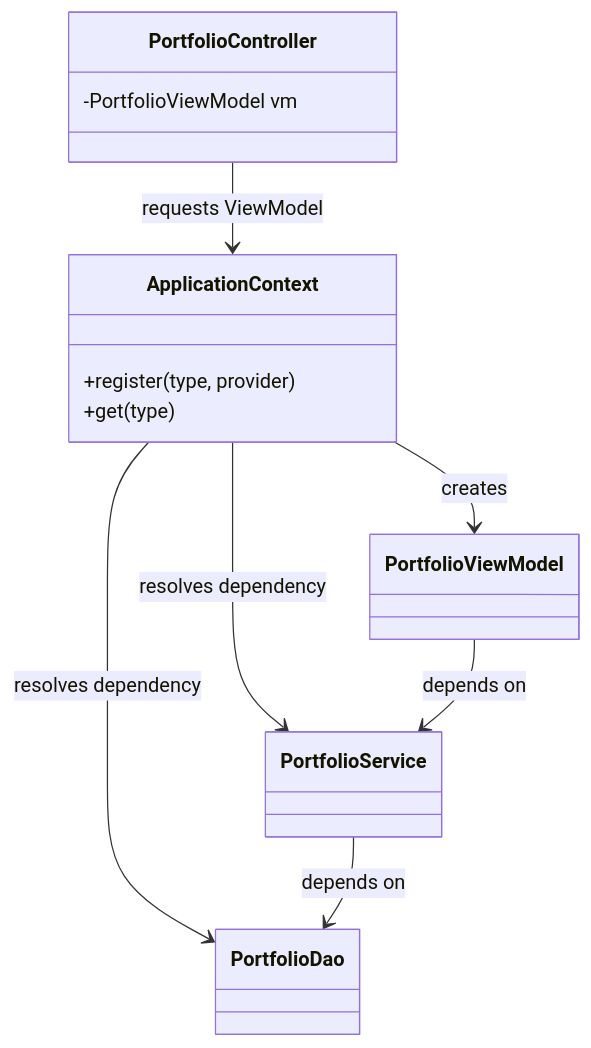
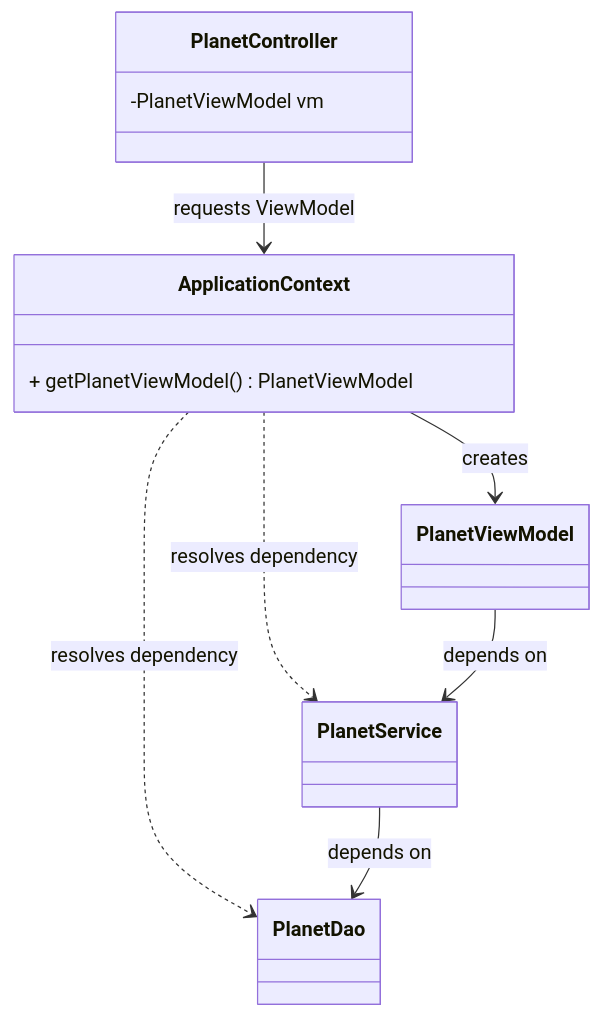
One commit to TroelsMortensen/Codelabs2 changed the diagram in Articles/SDT/Design Patterns/Application Context Pattern/003 The Pattern.md. Above: the diagram before and after it, drawn with Mermaid. The commit also changed other lines of this file and 4 other files, not shown here.

````diff
--- a/Articles/SDT/Design Patterns/Application Context Pattern/003 The Pattern.md
+++ b/Articles/SDT/Design Patterns/Application Context Pattern/003 The Pattern.md
@@ -20,22 +24,21 @@
 ```mermaid
 classDiagram
     class ApplicationContext {
-        +register(type, provider)
-        +get(type)
+        + getPlanetViewModel() PlanetViewModel
     }
 
-    class PortfolioController {
-        -PortfolioViewModel vm
+    class PlanetController {
+        -PlanetViewModel vm
     }
 
-    class PortfolioViewModel
-    class PortfolioService
-    class PortfolioDao
+    class PlanetViewModel
+    class PlanetService
+    class PlanetDao
 
-    PortfolioController --> ApplicationContext : requests ViewModel
-    ApplicationContext --> PortfolioViewModel : creates
-    ApplicationContext --> PortfolioService : resolves dependency
-    ApplicationContext --> PortfolioDao : resolves dependency
-    PortfolioViewModel --> PortfolioService : depends on
-    PortfolioService --> PortfolioDao : depends on
+    PlanetController --> ApplicationContext : requests ViewModel
+    ApplicationContext --> PlanetViewModel : creates
+    ApplicationContext ..> PlanetService : resolves dependency
+    ApplicationContext ..> PlanetDao : resolves dependency
+    PlanetViewModel --> PlanetService : depends on
+    PlanetService --> PlanetDao : depends on
 ```
````
